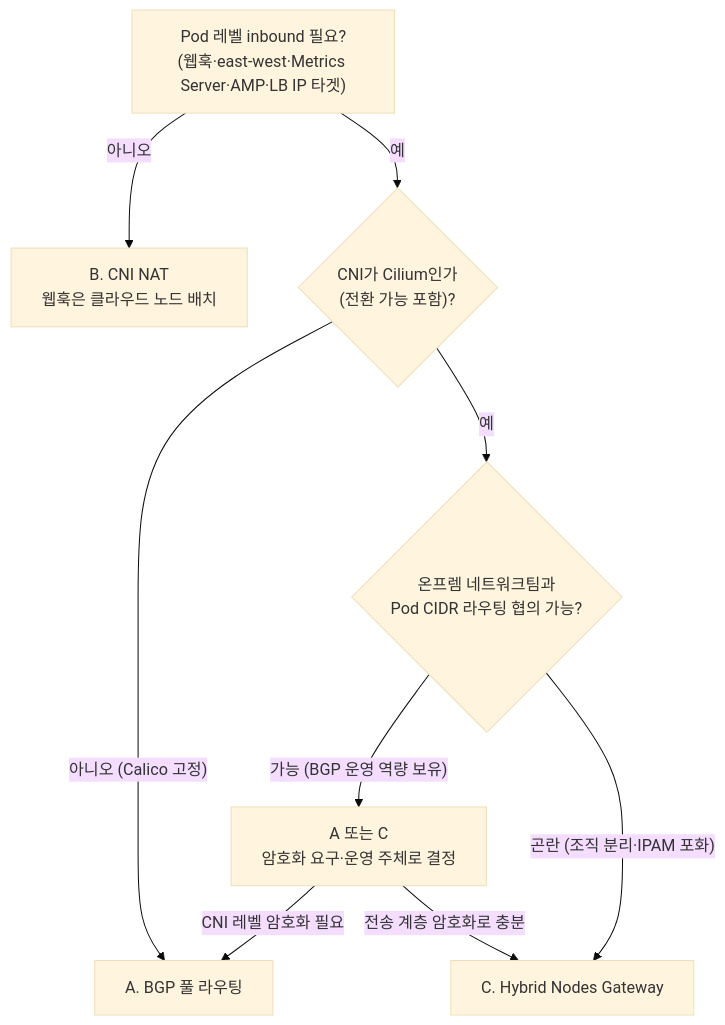
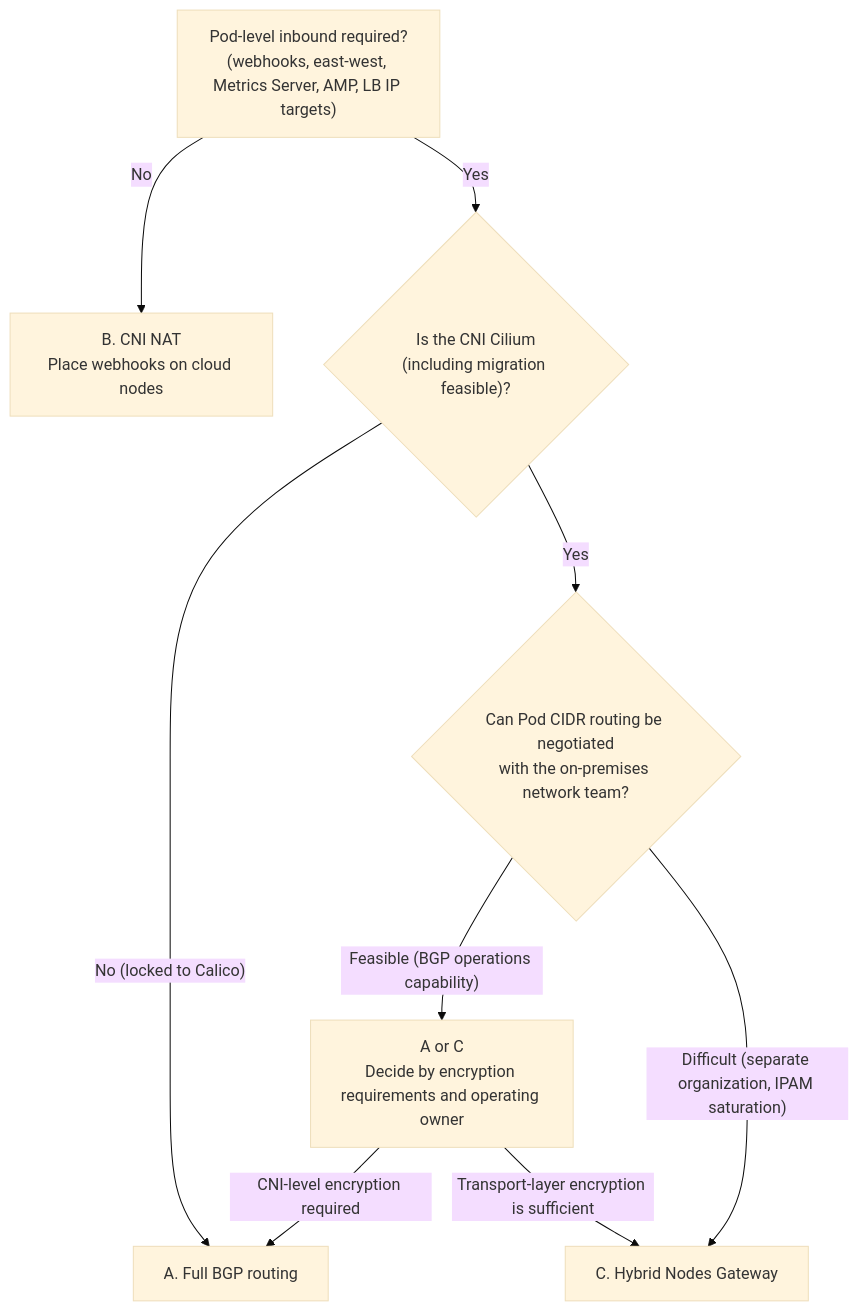
The second of 2 diagrams in docs/eks-hybrid-nodes/overview-architecture/architecture-decision-guide.md (devfloor9/engineering-playbook), drawn with Mermaid (base theme) before and after one commit. The commit also changed other lines of this file and 954 other files, not shown here.

````diff
--- a/docs/eks-hybrid-nodes/overview-architecture/architecture-decision-guide.md
+++ b/docs/eks-hybrid-nodes/overview-architecture/architecture-decision-guide.md
@@ -107,12 +107,12 @@
 ```mermaid
 flowchart TD
-    START["Pod 레벨 inbound 필요?<br/>(웹훅·east-west·Metrics Server·AMP·LB IP 타겟)"]
-    START -- 아니오 --> OPTB["B. CNI NAT<br/>웹훅은 클라우드 노드 배치"]
-    START -- 예 --> CNI{"CNI가 Cilium인가<br/>(전환 가능 포함)?"}
-    CNI -- "아니오 (Calico 고정)" --> OPTA["A. BGP 풀 라우팅"]
-    CNI -- 예 --> NET{"온프렘 네트워크팀과<br/>Pod CIDR 라우팅 협의 가능?"}
-    NET -- "가능 (BGP 운영 역량 보유)" --> BOTH["A 또는 C<br/>암호화 요구·운영 주체로 결정"]
-    NET -- "곤란 (조직 분리·IPAM 포화)" --> OPTC["C. Hybrid Nodes Gateway"]
-    BOTH -- "CNI 레벨 암호화 필요" --> OPTA
-    BOTH -- "전송 계층 암호화로 충분" --> OPTC
+    START["Pod-level inbound required?<br/>(webhooks, east-west, Metrics Server, AMP, LB IP targets)"]
+    START -- No --> OPTB["B. CNI NAT<br/>Place webhooks on cloud nodes"]
+    START -- Yes --> CNI{"Is the CNI Cilium<br/>(including migration feasible)?"}
+    CNI -- "No (locked to Calico)" --> OPTA["A. Full BGP routing"]
+    CNI -- Yes --> NET{"Can Pod CIDR routing be negotiated<br/>with the on-premises network team?"}
+    NET -- "Feasible (BGP operations capability)" --> BOTH["A or C<br/>Decide by encryption requirements and operating owner"]
+    NET -- "Difficult (separate organization, IPAM saturation)" --> OPTC["C. Hybrid Nodes Gateway"]
+    BOTH -- "CNI-level encryption required" --> OPTA
+    BOTH -- "Transport-layer encryption is sufficient" --> OPTC
 ```
````
